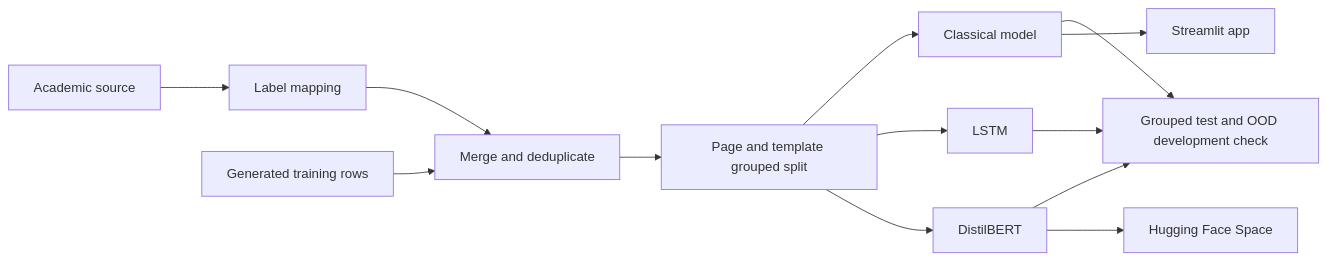
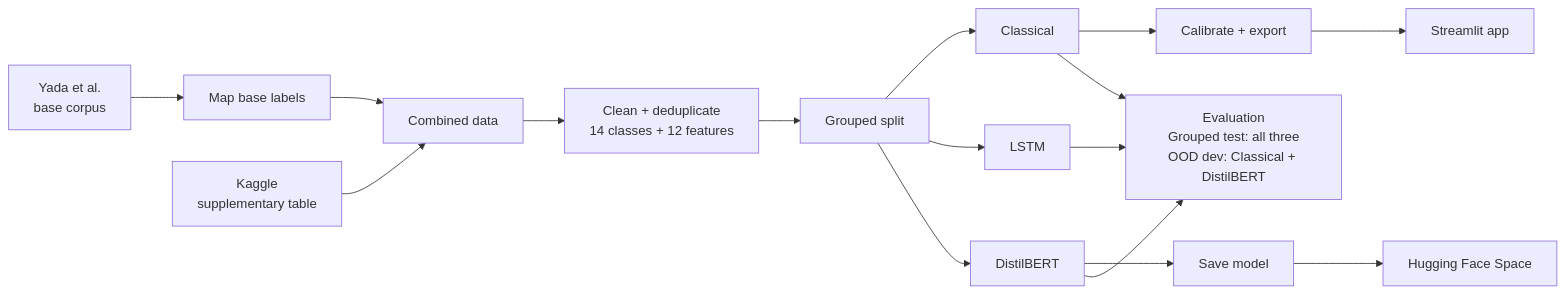
One commit to goyashek/dark-pattern-detector changed the diagram in README.md. Above: the diagram before and after it, drawn with Mermaid. The commit also changed other lines of this file and 16 other files, not shown here.

````diff
--- a/README.md
+++ b/README.md
@@ -101,15 +104,19 @@
 ```mermaid
 flowchart LR
-    A["Academic source"] --> B["Label mapping"]
-    C["Generated training rows"] --> D["Merge and deduplicate"]
+    A["Yada et al.<br/>base corpus"] --> B["Map base labels"]
+    C["Kaggle<br/>supplementary table"] --> D["Combined data"]
     B --> D
-    D --> E["Page and template grouped split"]
-    E --> F["Classical model"]
-    E --> G["LSTM"]
-    E --> H["DistilBERT"]
-    F --> I["Grouped test and OOD development check"]
-    G --> I
-    H --> I
-    F --> J["Streamlit app"]
-    H --> K["Hugging Face Space"]
+    D --> E["Clean + deduplicate<br/>14 classes + 12 features"]
+    E --> F["Grouped split"]
+
+    F --> G["Classical"]
+    F --> H["LSTM"]
+    F --> I["DistilBERT"]
+
+    G --> J["Calibrate + export"] --> K["Streamlit app"]
+    I --> L["Save model"] --> M["Hugging Face Space"]
+
+    G --> N["Evaluation<br/>Grouped test: all three<br/>OOD dev: Classical + DistilBERT"]
+    H --> N
+    I --> N
 ```
````
